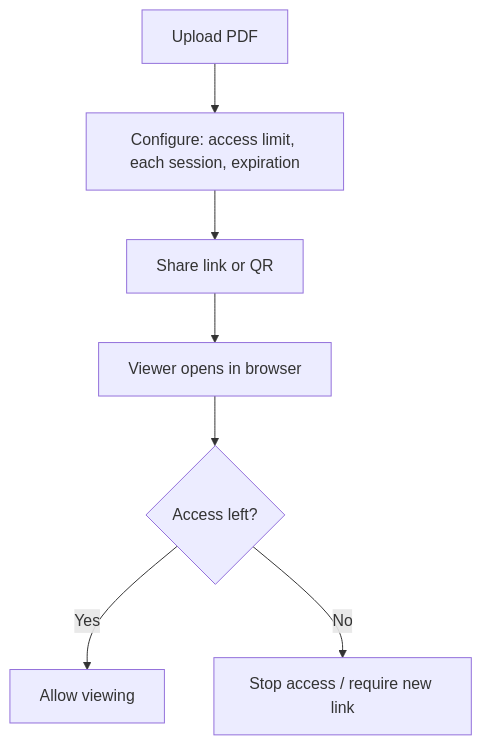
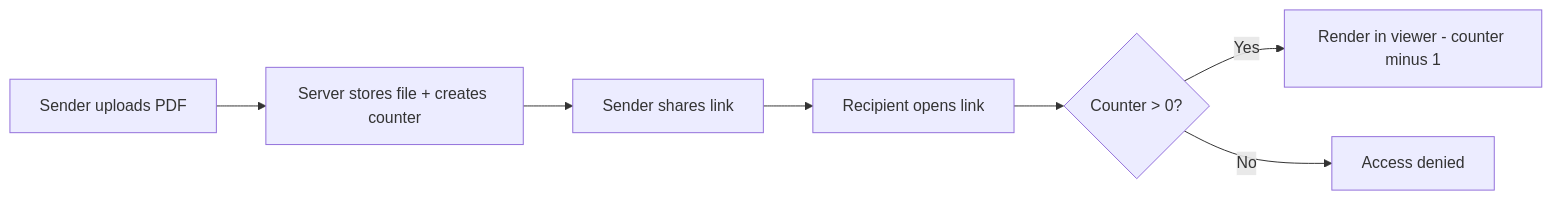
The diagram in src/content/blog/en/drm-limit-pdf-views.md (mythenigma/cloudflareAstro), drawn with Mermaid before and after one commit. The commit also changed other lines of this file and 86 other files, not shown here.

````diff
--- a/src/content/blog/en/drm-limit-pdf-views.md
+++ b/src/content/blog/en/drm-limit-pdf-views.md
@@ -28,9 +36,9 @@
 ```mermaid
-flowchart TB
-  A[Upload PDF] --> B["Configure: access limit, each session, expiration"]
-  B --> C["Share link or QR"]
-  C --> D[Viewer opens in browser]
-  D --> E{"Access left?"}
-  E -->|Yes| F[Allow viewing]
-  E -->|No| G[Stop access / require new link]
+flowchart LR
+  A[Sender uploads PDF] --> B[Server stores file + creates counter]
+  B --> C[Sender shares link]
+  C --> D[Recipient opens link]
+  D --> E{Counter > 0?}
+  E -->|Yes| F[Render in viewer - counter minus 1]
+  E -->|No| G[Access denied]
 ```
````
